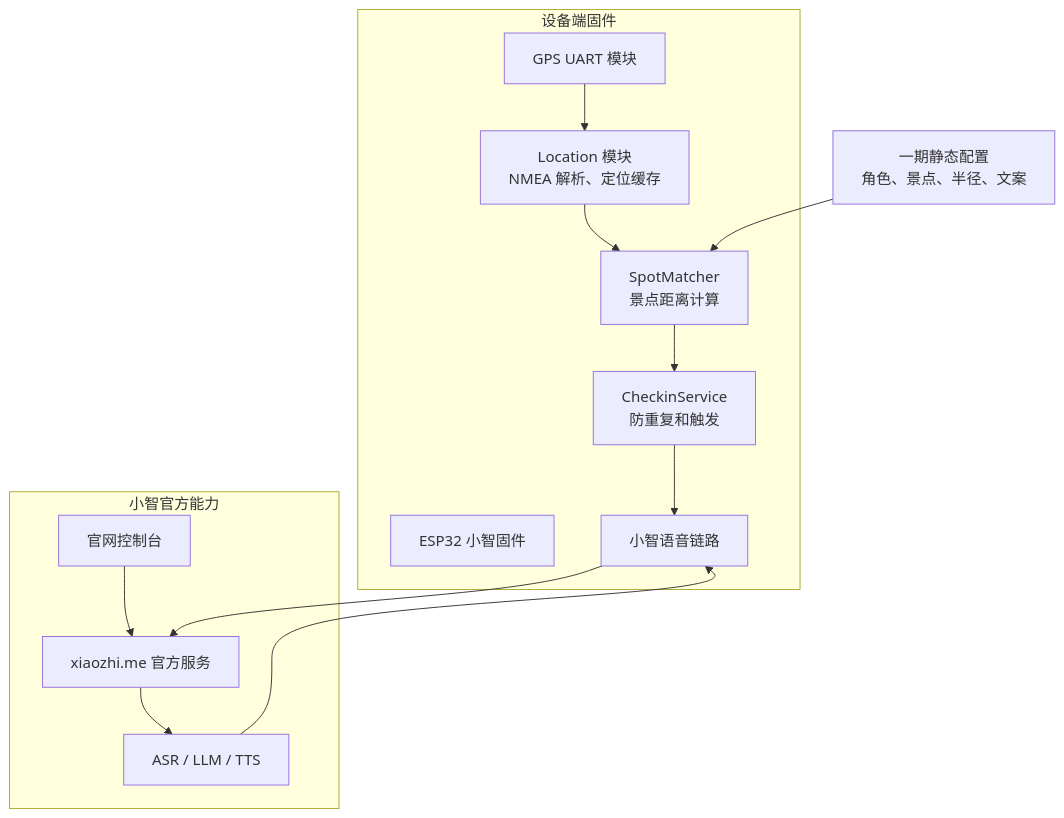
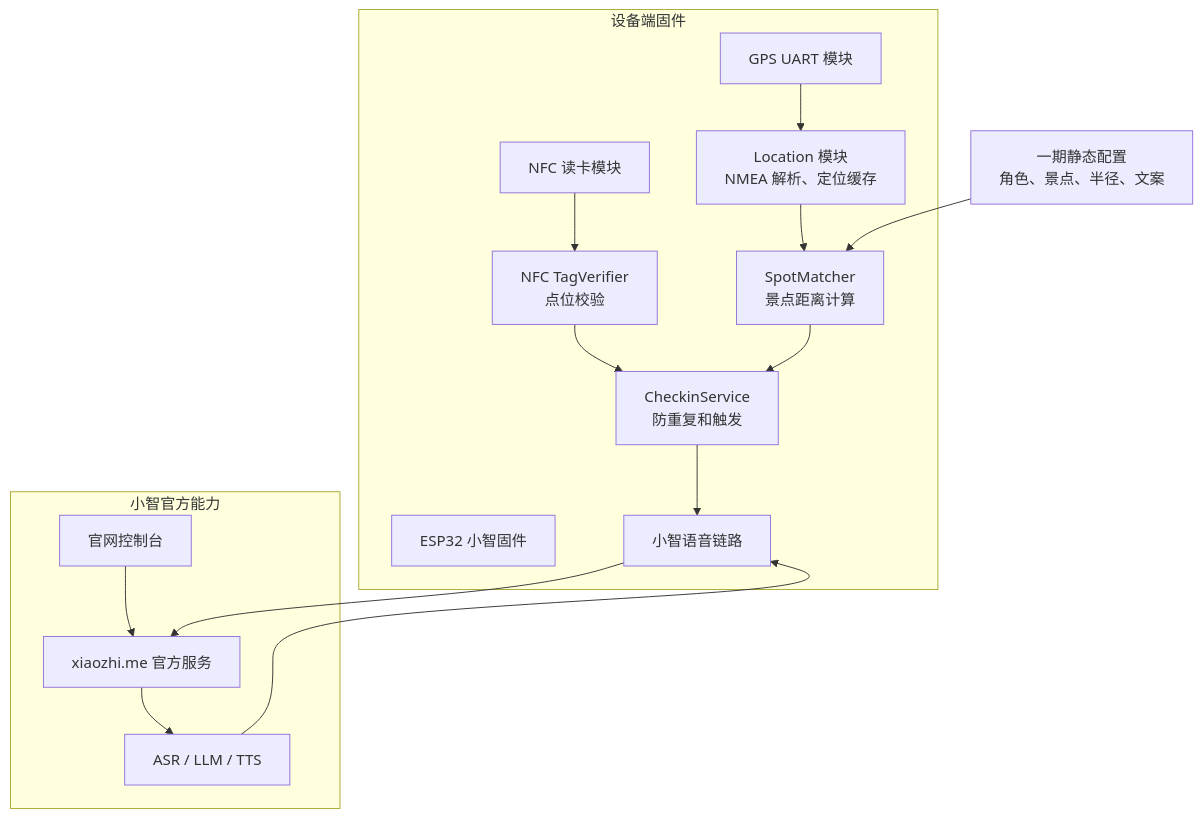
One commit to zienenen/xiaozhi-esp32 changed the fourth of 8 diagrams in docs/phase1_phase2_architecture_plan.md. Above: the diagram before and after it, drawn with Mermaid. The commit also changed other lines of this file and 10 other files, not shown here.

````diff
--- a/docs/phase1_phase2_architecture_plan.md
+++ b/docs/phase1_phase2_architecture_plan.md
@@ -98,29 +221,33 @@
 ```mermaid
 flowchart TD
   subgraph Device["设备端固件"]
     Esp["ESP32 小智固件"]
     Gps["GPS UART 模块"]
+    Nfc["NFC 读卡模块"]
     Location["Location 模块<br/>NMEA 解析、定位缓存"]
     Spot["SpotMatcher<br/>景点距离计算"]
+    TagVerify["NFC TagVerifier<br/>点位校验"]
     Checkin["CheckinService<br/>防重复和触发"]
     Voice["小智语音链路"]
   end
 
   subgraph Official["小智官方能力"]
     Xz["xiaozhi.me 官方服务"]
     Console["官网控制台"]
     Ai["ASR / LLM / TTS"]
   end
 
   Config["一期静态配置<br/>角色、景点、半径、文案"]
 
   Gps --> Location
   Location --> Spot
   Config --> Spot
   Spot --> Checkin
+  Nfc --> TagVerify
+  TagVerify --> Checkin
   Checkin --> Voice
   Voice --> Xz
   Console --> Xz
   Xz --> Ai
   Ai --> Voice
 ```
````
